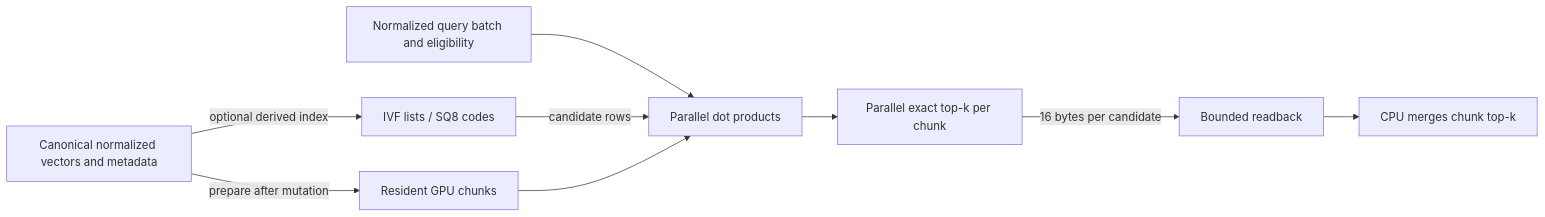
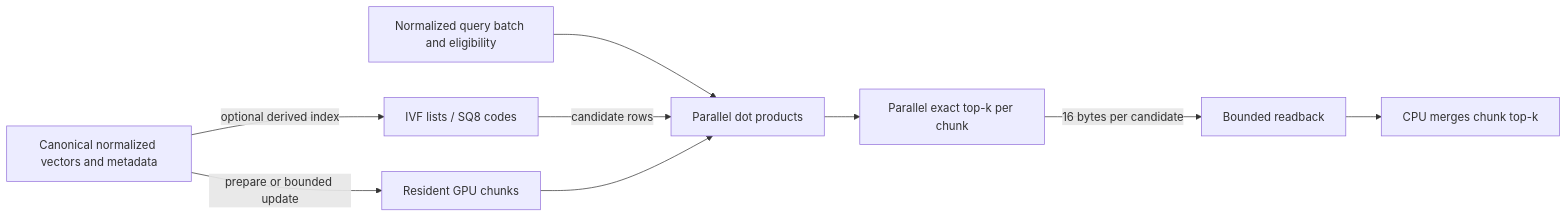
One commit to a3ro-dev/qenlo changed the diagram in docs/gpu-design.md. Above: the diagram before and after it, drawn with Mermaid. The commit also changed other lines of this file and 1382 other files, not shown here.

````diff
--- a/docs/gpu-design.md
+++ b/docs/gpu-design.md
@@ -12,11 +12,11 @@
 ```mermaid
 flowchart LR
-    A[Canonical normalized vectors and metadata] -->|prepare after mutation| B[Resident GPU chunks]
+    A[Canonical normalized vectors and metadata] -->|prepare or bounded update| B[Resident GPU chunks]
     Q[Normalized query batch and eligibility] --> C[Parallel dot products]
     A -->|optional derived index| I[IVF lists / SQ8 codes]
     I -->|candidate rows| C
     B --> C
     C --> D[Parallel exact top-k per chunk]
     D -->|16 bytes per candidate| E[Bounded readback]
     E --> F[CPU merges chunk top-k]
 ```
````
